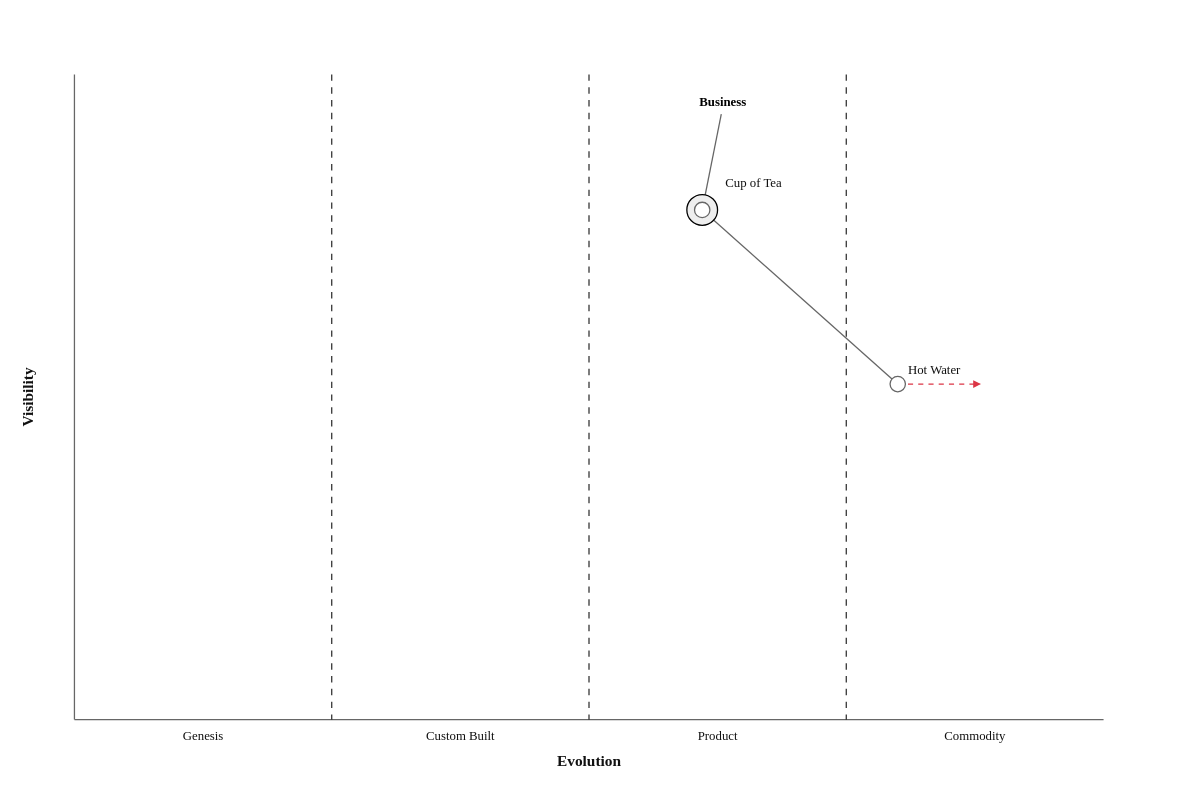
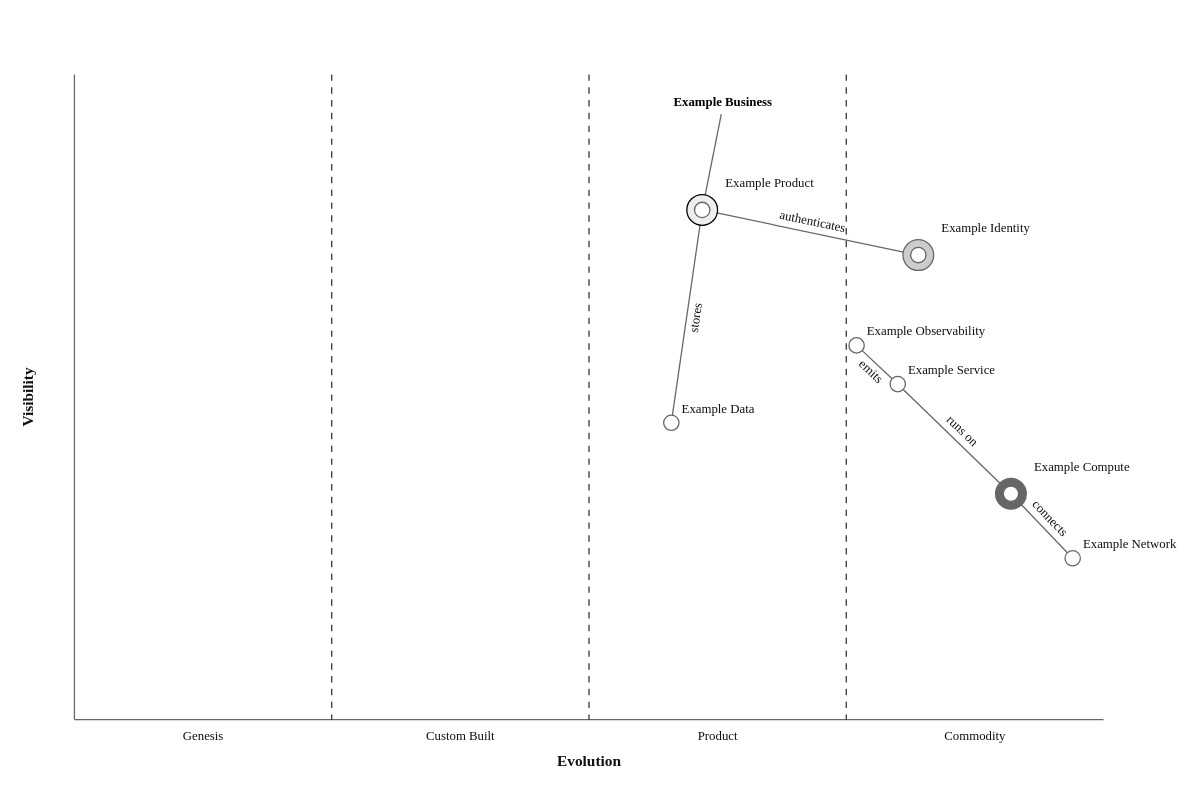
The diagram in docs/contracts/configuration-rendering/sources/wardley-beta.mmd (szpak-dev/mermaiden), drawn with Mermaid (neutral theme) before and after one commit. The commit also changed 107 other files, not shown here.

```diff
--- a/docs/contracts/configuration-rendering/sources/wardley-beta.mmd
+++ b/docs/contracts/configuration-rendering/sources/wardley-beta.mmd
@@ -1,12 +1,20 @@
 ---
 config:
   wrap: true
-  wardley-beta: {"useWidth": 0.0, "useMaxWidth": true, "width": 900.0, "height": 600.0, "padding": 48.0, "nodeRadius": 6.0, "nodeLabelOffset": 8.0, "axisFontSize": 12.0, "labelFontSize": 10.0, "showGrid": false}
+  wardley-beta: {"useWidth": 960.0, "useMaxWidth": true, "width": 900.0, "height": 600.0, "padding": 48.0, "nodeRadius": 6.0, "nodeLabelOffset": 8.0, "axisFontSize": 12.0, "labelFontSize": 10.0, "showGrid": false}
 ---
 wardley-beta
-anchor "Business" [0.95, 0.63]
-component "Cup of Tea" [0.79, 0.61] (build)
-component "Hot Water" [0.52, 0.8]
-"Business" -> "Cup of Tea"
-"Cup of Tea" -> "Hot Water"
-evolve "Hot Water" 0.89
+anchor "Example Business" [0.95, 0.63]
+component "Example Product" [0.79, 0.61] (build)
+component "Example Service" [0.52, 0.8]
+component "Example Identity" [0.72, 0.82] (buy)
+component "Example Data" [0.46, 0.58]
+component "Example Compute" [0.35, 0.91] (outsource)
+component "Example Network" [0.25, 0.97]
+component "Example Observability" [0.58, 0.76]
+"Example Business" -> "Example Product"
+"Example Product" -> "Example Identity"; authenticates
+"Example Product" -> "Example Data"; stores
+"Example Service" -> "Example Compute"; runs on
+"Example Compute" -> "Example Network"; connects
+"Example Service" -> "Example Observability"; emits
```
